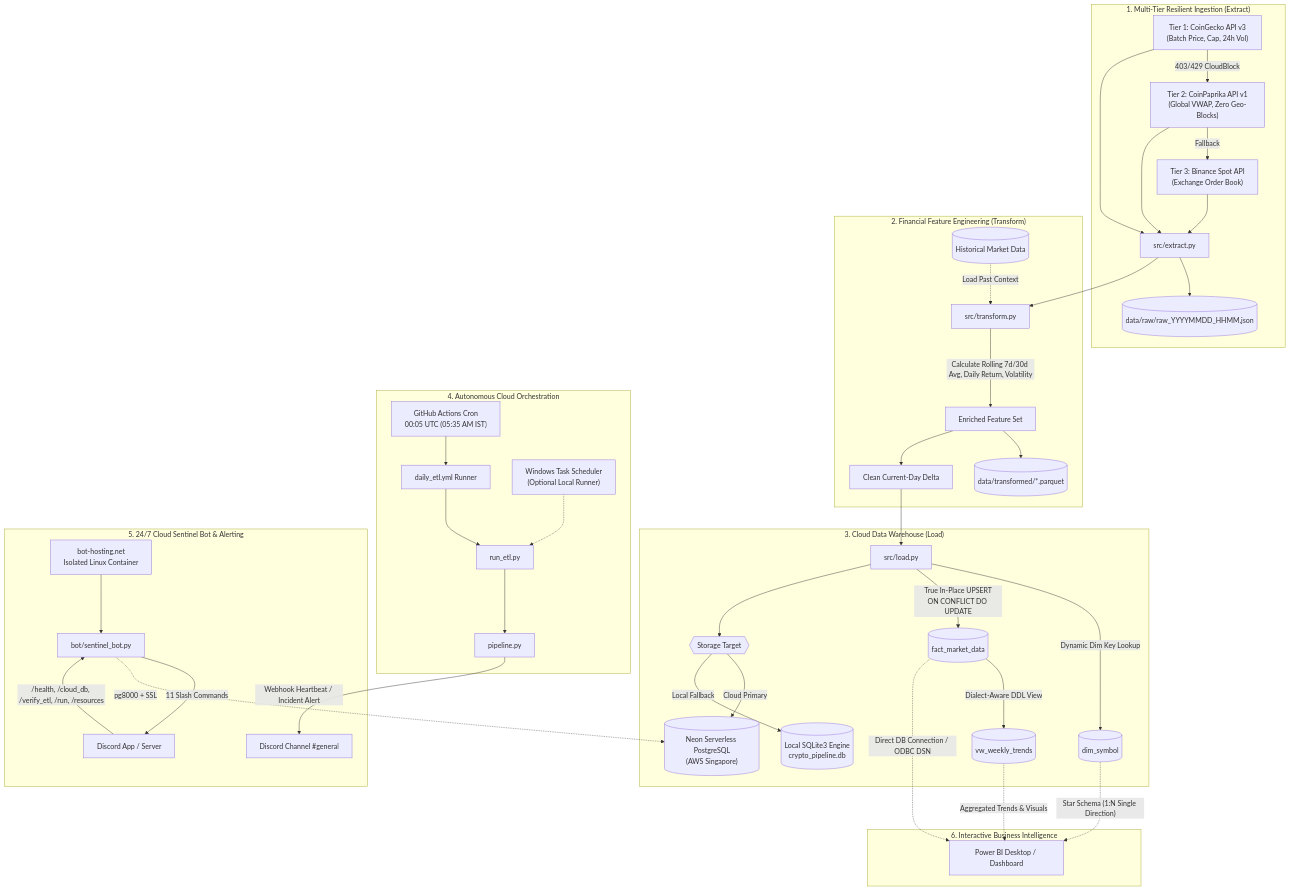
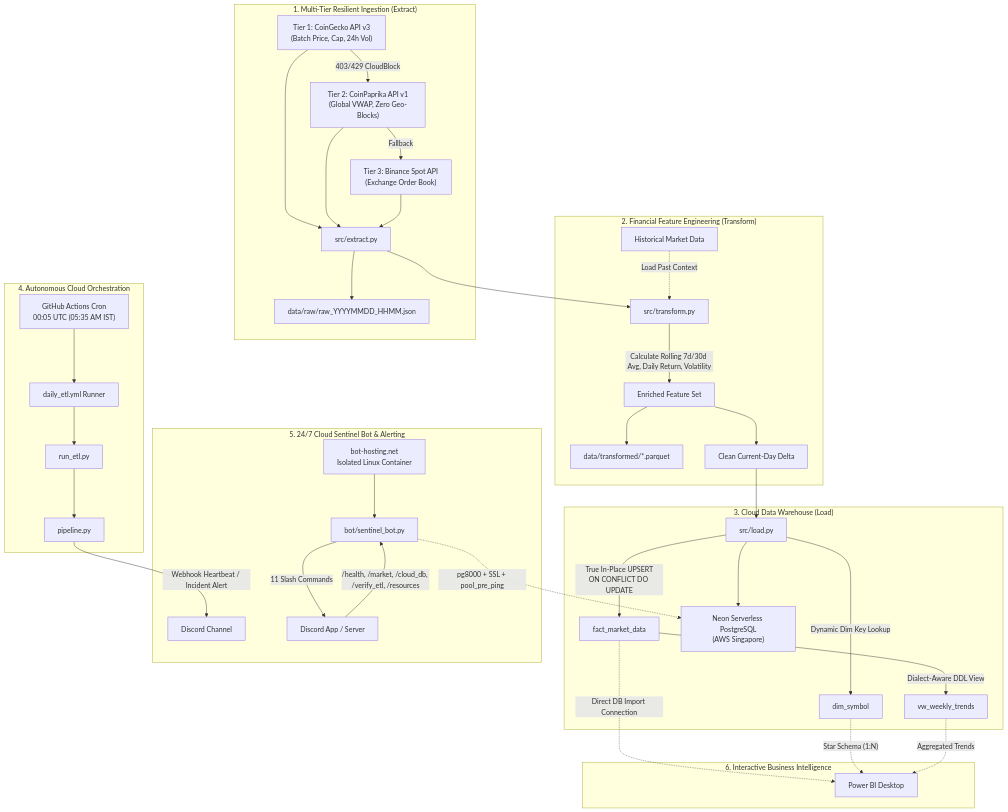
Before and after one commit to HarshaNaik8/crypto-data-pipeline: the diagram in README.md, drawn with Mermaid. The commit also changed other lines of this file and 9 other files, not shown here.

````diff
--- a/README.md
+++ b/README.md
@@ -20,51 +20,47 @@
 ```mermaid
 flowchart TD
     subgraph Ingestion ["1. Multi-Tier Resilient Ingestion (Extract)"]
         CG["Tier 1: CoinGecko API v3<br/>(Batch Price, Cap, 24h Vol)"] -->|403/429 CloudBlock| CP["Tier 2: CoinPaprika API v1<br/>(Global VWAP, Zero Geo-Blocks)"]
         CP -->|Fallback| BN["Tier 3: Binance Spot API<br/>(Exchange Order Book)"]
         CG --> EXT[src/extract.py]
         CP --> EXT
         BN --> EXT
-        EXT --> RAW[(data/raw/raw_YYYYMMDD_HHMM.json)]
+        EXT --> RAW["data/raw/raw_YYYYMMDD_HHMM.json"]
     end
 
     subgraph Transformation ["2. Financial Feature Engineering (Transform)"]
         EXT --> TRF[src/transform.py]
-        DB_HIST[(Historical Market Data)] -.->|Load Past Context| TRF
-        TRF -->|Calculate Rolling 7d/30d Avg, Daily Return, Volatility| ENR[Enriched Feature Set]
-        ENR --> PRQ[(data/transformed/*.parquet)]
+        DB_HIST["Historical Market Data"] -.->|Load Past Context| TRF
+        TRF -->|"Calculate Rolling 7d/30d Avg, Daily Return, Volatility"| ENR[Enriched Feature Set]
+        ENR --> PRQ["data/transformed/*.parquet"]
         ENR --> LOAD_READY[Clean Current-Day Delta]
     end
 
     subgraph Storage ["3. Cloud Data Warehouse (Load)"]
         LOAD_READY --> LOAD[src/load.py]
-        LOAD -->|"Dynamic Dim Key Lookup"| DIM[(dim_symbol)]
-        LOAD -->|"True In-Place UPSERT<br/>ON CONFLICT DO UPDATE"| FACT[(fact_market_data)]
-        FACT -->|"Dialect-Aware DDL View"| VIEW[(vw_weekly_trends)]
-        DB_TARGET{{"Storage Target"}}
-        LOAD --> DB_TARGET
-        DB_TARGET -->|"Cloud Primary"| NEON[("Neon Serverless PostgreSQL<br/>(AWS Singapore)")]
-        DB_TARGET -->|"Local Fallback"| SQLITE[("Local SQLite3 Engine<br/>crypto_pipeline.db")]
+        LOAD -->|"Dynamic Dim Key Lookup"| DIM["dim_symbol"]
+        LOAD -->|"True In-Place UPSERT<br/>ON CONFLICT DO UPDATE"| FACT["fact_market_data"]
+        FACT -->|"Dialect-Aware DDL View"| VIEW["vw_weekly_trends"]
+        LOAD --> NEON["Neon Serverless PostgreSQL<br/>(AWS Singapore)"]
     end
 
     subgraph Orchestration ["4. Autonomous Cloud Orchestration"]
         CRON["GitHub Actions Cron<br/>00:05 UTC (05:35 AM IST)"] --> GHA[daily_etl.yml Runner]
         GHA --> RUN_ETL[run_etl.py]
         RUN_ETL --> PIPE[pipeline.py]
-        LOCAL_TASK["Windows Task Scheduler<br/>(Optional Local Runner)"] -.-> RUN_ETL
     end
 
     subgraph Observability ["5. 24/7 Cloud Sentinel Bot & Alerting"]
-        PIPE -->|Webhook Heartbeat / Incident Alert| HOOK[Discord Channel #general]
+        PIPE -->|Webhook Heartbeat / Incident Alert| HOOK[Discord Channel]
         BOT_HOST["bot-hosting.net<br/>Isolated Linux Container"] --> BOT[bot/sentinel_bot.py]
-        BOT -->|11 Slash Commands| DISCORD[Discord App / Server]
-        DISCORD -->|/health, /cloud_db, /verify_etl, /run, /resources| BOT
-        BOT -.->|"pg8000 + SSL"| NEON
+        BOT -->|"11 Slash Commands"| DISCORD[Discord App / Server]
+        DISCORD -->|"/health, /market, /cloud_db, /verify_etl, /resources"| BOT
+        BOT -.->|"pg8000 + SSL + pool_pre_ping"| NEON
     end
 
     subgraph BI ["6. Interactive Business Intelligence"]
-        FACT -.->|"Direct DB Connection / ODBC DSN"| PBI["Power BI Desktop / Dashboard"]
-        DIM -.->|"Star Schema (1:N Single Direction)"| PBI
-        VIEW -.->|"Aggregated Trends & Visuals"| PBI
+        FACT -.->|"Direct DB Import Connection"| PBI["Power BI Desktop"]
+        DIM -.->|"Star Schema (1:N)"| PBI
+        VIEW -.->|"Aggregated Trends"| PBI
     end
 ```
````
